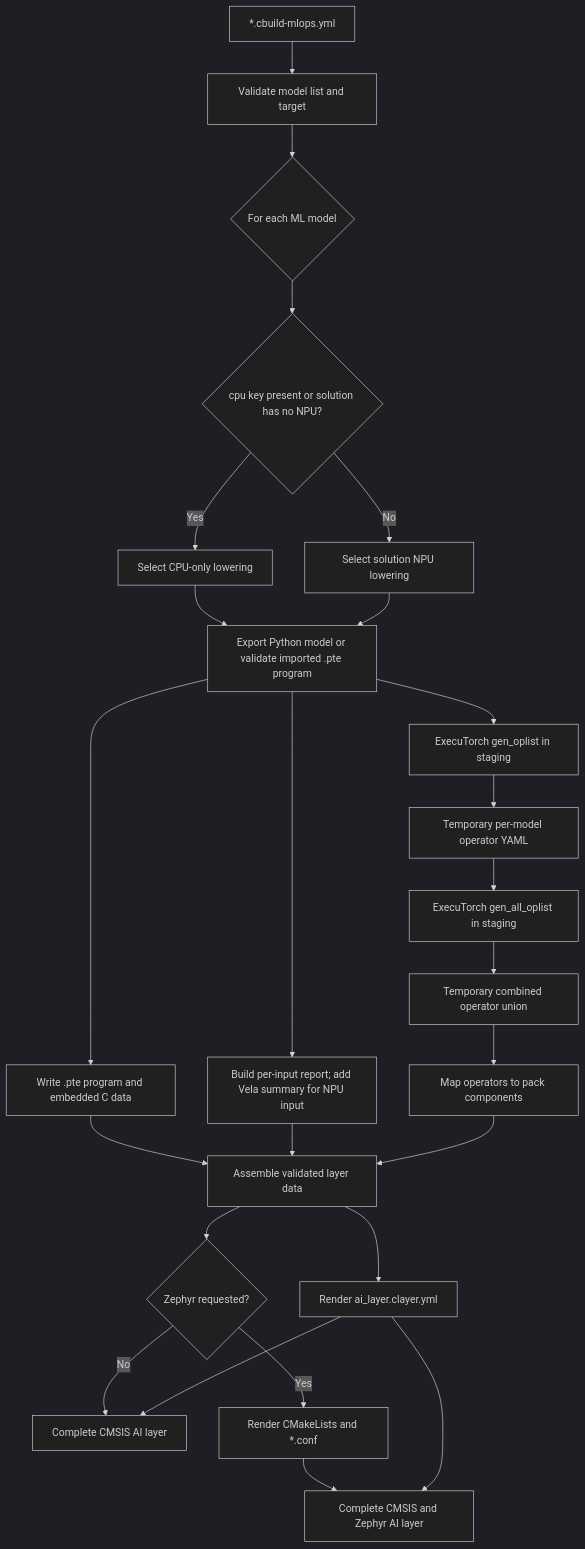
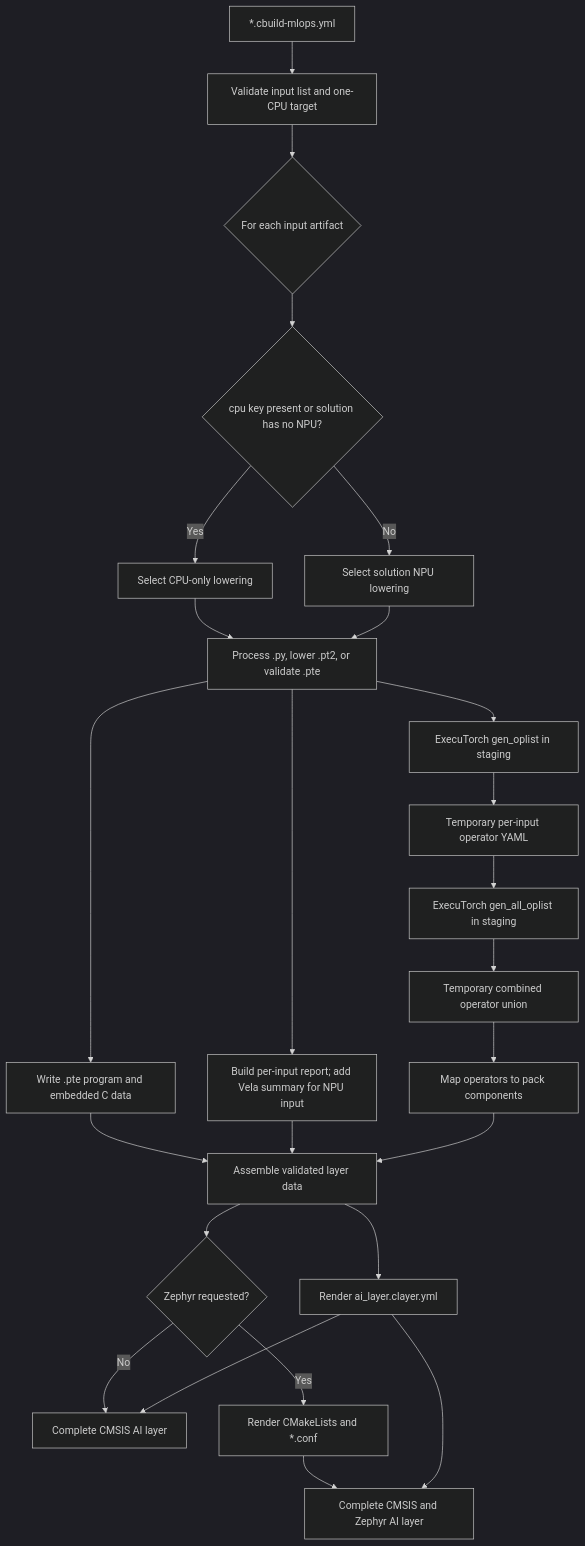
Before and after one commit to ReinhardKeil/cmsis-et-template: the first of 3 diagrams in TODO.md, drawn with Mermaid (dark theme). The commit also changed other lines of this file and 12 other files, not shown here.

Commit message:
Implement AI input artifact workflows

````diff
--- a/TODO.md
+++ b/TODO.md
@@ -596,27 +610,27 @@
 ```mermaid
 flowchart TD
-    A[*.cbuild-mlops.yml] --> B[Validate model list and target]
-    B --> C{For each ML model}
+    A[*.cbuild-mlops.yml] --> B[Validate input list and one-CPU target]
+    B --> C{For each input artifact}
     C --> T{cpu key present or solution has no NPU?}
     T -- Yes --> T1[Select CPU-only lowering]
     T -- No --> T2[Select solution NPU lowering]
-    T1 --> D[Export Python model or validate imported .pte program]
+    T1 --> D[Process .py, lower .pt2, or validate .pte]
     T2 --> D
     D --> E[Write .pte program and embedded C data]
     D --> F[ExecuTorch gen_oplist in staging]
-    F --> G[Temporary per-model operator YAML]
+    F --> G[Temporary per-input operator YAML]
     D --> H[Build per-input report; add Vela summary for NPU input]
     G --> I[ExecuTorch gen_all_oplist in staging]
     I --> J[Temporary combined operator union]
     J --> K[Map operators to pack components]
     E --> L[Assemble validated layer data]
     H --> L
     K --> L
     L --> Q[Render ai_layer.clayer.yml]
     L --> M{Zephyr requested?}
     M -- No --> N[Complete CMSIS AI layer]
     M -- Yes --> O[Render CMakeLists and *.conf]
     O --> P[Complete CMSIS and Zephyr AI layer]
     Q --> N
     Q --> P
 ```
````
